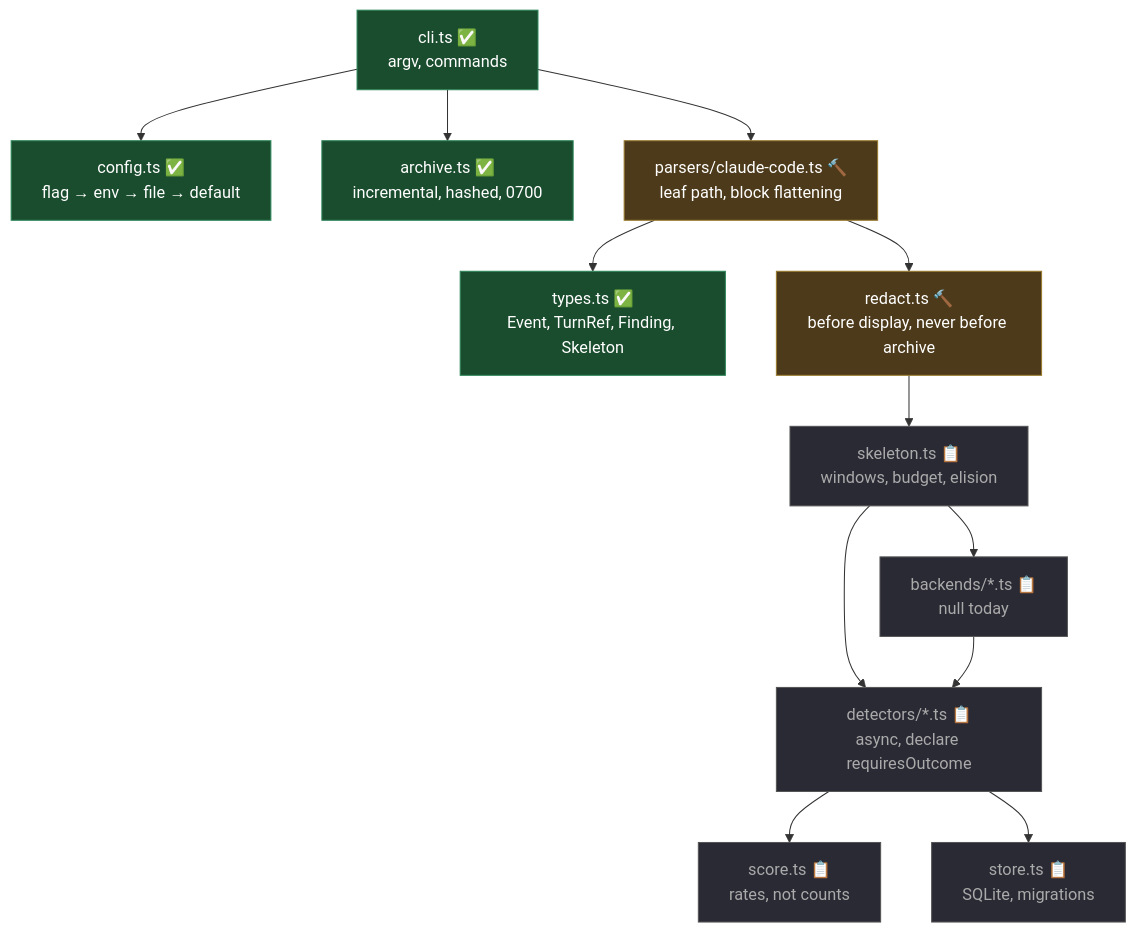
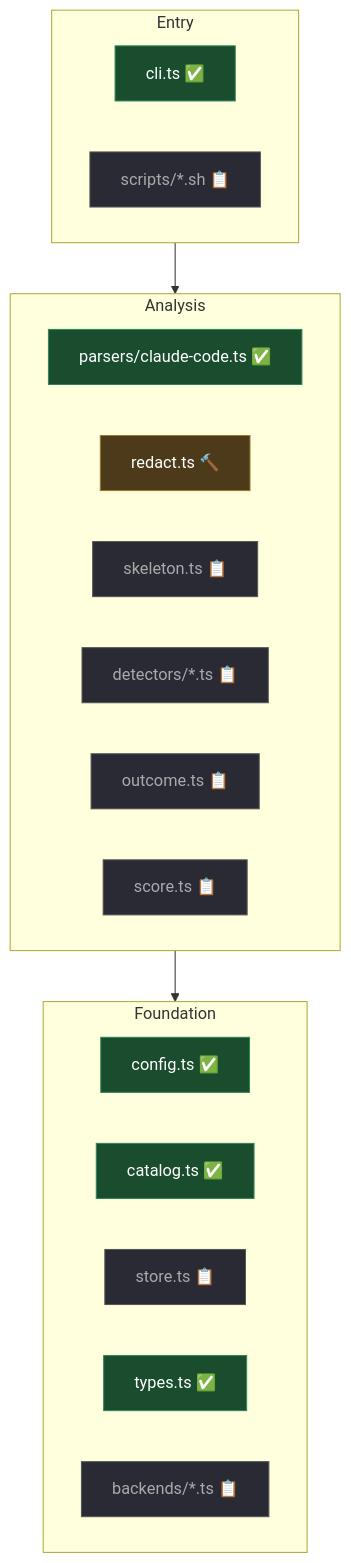
The seventh of 7 diagrams in docs/architecture.md (vibesenpai/vibesenpai), drawn with Mermaid before and after one commit. The commit also changed other lines of this file and 26 other files, not shown here.

First line of the commit message:
Never copy transcripts; add parser factory and schema versioning

````diff
--- a/docs/architecture.md
+++ b/docs/architecture.md
@@ -261,21 +457,32 @@
 ```mermaid
 flowchart TD
-  CLI["cli.ts ✅<br/>argv, commands"] --> CFG["config.ts ✅<br/>flag → env → file → default"]
-  CLI --> ARC["archive.ts ✅<br/>incremental, hashed, 0700"]
-  CLI --> PAR["parsers/claude-code.ts 🔨<br/>leaf path, block flattening"]
-  PAR --> TYP["types.ts ✅<br/>Event, TurnRef, Finding, Skeleton"]
-  PAR --> RED["redact.ts 🔨<br/>before display, never before archive"]
-  RED --> SKE["skeleton.ts 📋<br/>windows, budget, elision"]
-  SKE --> DET["detectors/*.ts 📋<br/>async, declare requiresOutcome"]
-  DET --> SCO["score.ts 📋<br/>rates, not counts"]
-  DET --> STO["store.ts 📋<br/>SQLite, migrations"]
-  SKE --> BAK["backends/*.ts 📋<br/>null today"]
-  BAK --> DET
+  subgraph entry["Entry"]
+    CLI["cli.ts ✅"]
+    HOOK["scripts/*.sh 📋"]
+  end
+  subgraph core["Analysis"]
+    PAR["parsers/claude-code.ts ✅"]
+    RED["redact.ts 🔨"]
+    SKE["skeleton.ts 📋"]
+    DET["detectors/*.ts 📋"]
+    OUT["outcome.ts 📋"]
+    SCO["score.ts 📋"]
+  end
+  subgraph infra["Foundation"]
+    CFG["config.ts ✅"]
+    CAT["catalog.ts ✅"]
+    STO["store.ts 📋"]
+    TYP["types.ts ✅"]
+    BAK["backends/*.ts 📋"]
+  end
+
+  entry --> core
+  core --> infra
 
   classDef done fill:#1a4d2e,stroke:#2d8659,color:#fff
   classDef next fill:#4d3a1a,stroke:#997a2d,color:#fff
   classDef plan fill:#2a2a35,stroke:#555,color:#aaa
-  class CLI,CFG,ARC,TYP done
-  class PAR,RED next
-  class SKE,DET,SCO,STO,BAK plan
+  class CLI,CFG,CAT,TYP,PAR done
+  class RED next
+  class HOOK,SKE,DET,OUT,SCO,STO,BAK plan
 ```
````
